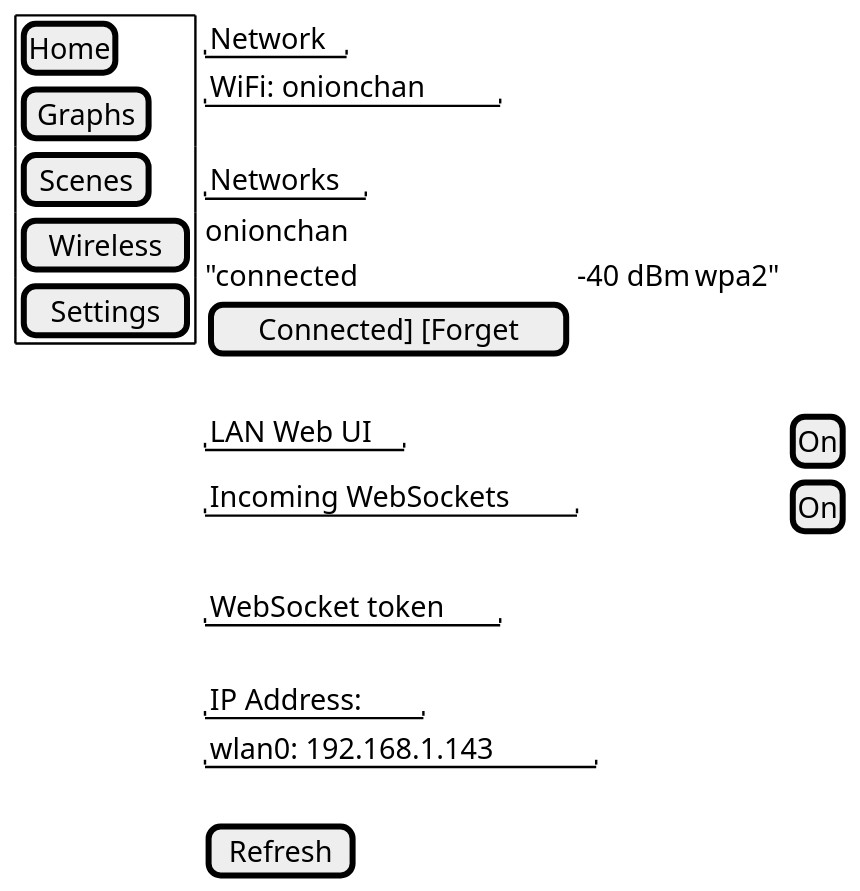
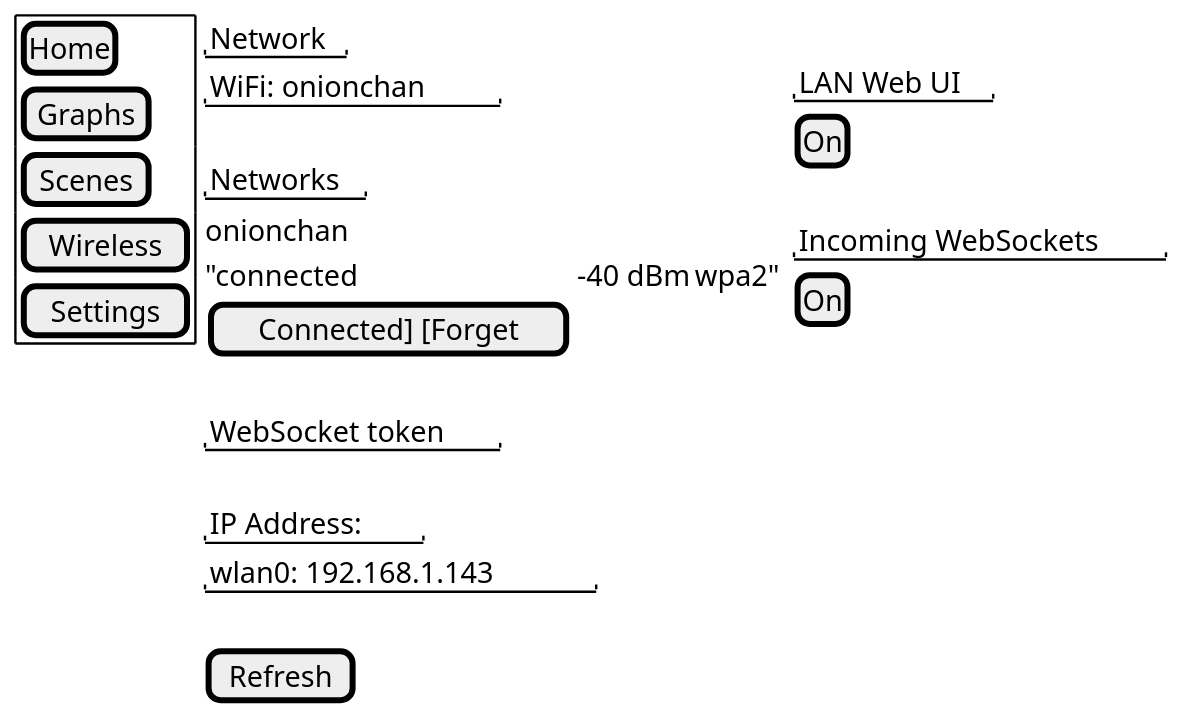
Before and after one commit to aortez/dirtsim: the first of 2 diagrams in apps/src/ui/docs/src/screens/network.md, drawn with PlantUML.

Commit message:
Update network doc layout

````diff
--- a/apps/src/ui/docs/src/screens/network.md
+++ b/apps/src/ui/docs/src/screens/network.md
@@ -3,34 +3,38 @@
 ```plantuml
 @startsalt
 scale 1.6
 {
   {+
     [Home]
     [Graphs]
     [Scenes]
     [Wireless]
     [Settings]
   } | {
     "Network"
     "WiFi: onionchan"
     .
     "Networks"
     {
       onionchan
       "connected | -40 dBm | wpa2"
       [Connected] [Forget]
     }
     .
-    "LAN Web UI" | [On]
-    "Incoming WebSockets" | [On]
-    .
     "WebSocket token"
     .
     "IP Address:"
     "wlan0: 192.168.1.143"
     .
     [Refresh]
+  } | {
+    .
+    "LAN Web UI"
+    [On]
+    .
+    "Incoming WebSockets"
+    [On]
   }
 }
 @endsalt
 ```
````
